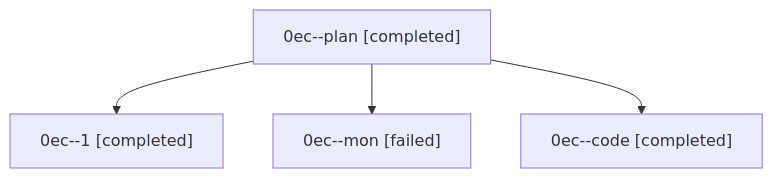
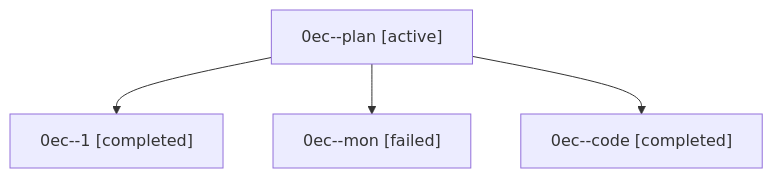
One commit to sase-org/sase--agents changed the diagram in families/bbugyi200.athena.0ec.md. Above: the diagram before and after it, drawn with Mermaid. The commit also changed other lines of this file and 35830 other files, not shown here.

````diff
--- a/families/bbugyi200.athena.0ec.md
+++ b/families/bbugyi200.athena.0ec.md
@@ -9,10 +9,10 @@
 ```mermaid
 flowchart TD
-  n0["0ec--plan [completed]"]
+  n0["0ec--plan [active]"]
   n1["0ec--1 [completed]"]
   n0 --> n1
   n2["0ec--mon [failed]"]
   n0 --> n2
   n3["0ec--code [completed]"]
   n0 --> n3
 ```
````
